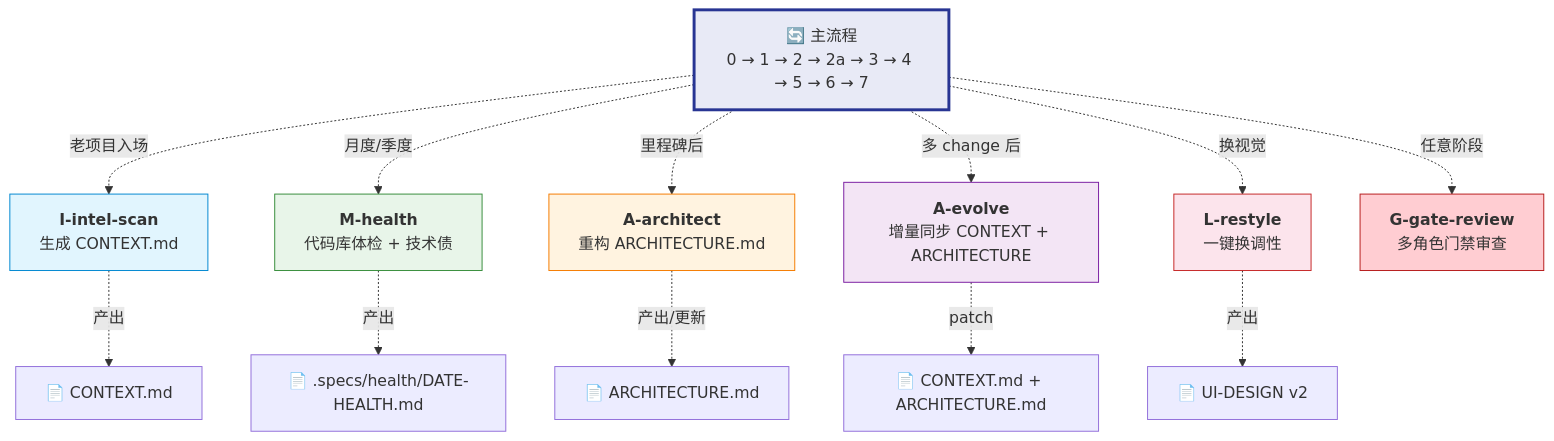
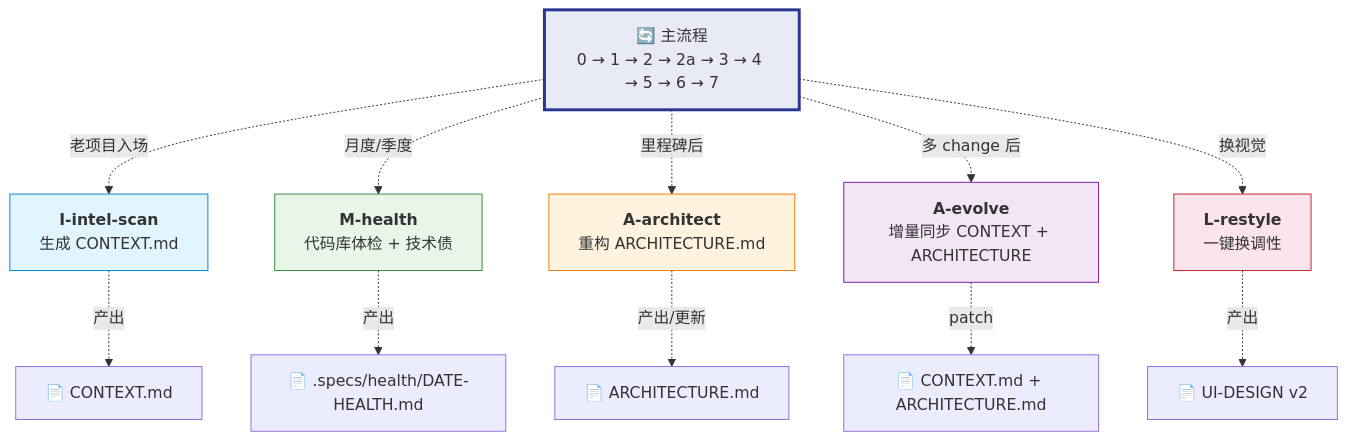
Before and after one commit to malizhi2202-dev/code-kit: the fourth of 5 diagrams in README.md, drawn with Mermaid. The commit also changed other lines of this file, not shown here.

````diff
--- a/README.md
+++ b/README.md
@@ -437,25 +452,23 @@
 ```mermaid
 flowchart TD
     MAIN["🔄 主流程<br/>0 → 1 → 2 → 2a → 3 → 4 → 5 → 6 → 7"] 
 
     MAIN -.->|"老项目入场"| L1["<b>I-intel-scan</b><br/>生成 CONTEXT.md"]
     MAIN -.->|"月度/季度"| L2["<b>M-health</b><br/>代码库体检 + 技术债"]
     MAIN -.->|"里程碑后"| L3["<b>A-architect</b><br/>重构 ARCHITECTURE.md"]
     MAIN -.->|"多 change 后"| L4["<b>A-evolve</b><br/>增量同步 CONTEXT + ARCHITECTURE"]
     MAIN -.->|"换视觉"| L5["<b>L-restyle</b><br/>一键换调性"]
-    MAIN -.->|"任意阶段"| L6["<b>G-gate-review</b><br/>多角色门禁审查"]
 
     L1 -.->|"产出"| CTX["📄 CONTEXT.md"]
     L2 -.->|"产出"| HEALTH["📄 .specs/health/DATE-HEALTH.md"]
     L3 -.->|"产出/更新"| ARCH["📄 ARCHITECTURE.md"]
     L4 -.->|"patch"| CTX2["📄 CONTEXT.md + ARCHITECTURE.md"]
     L5 -.->|"产出"| UI["📄 UI-DESIGN v2"]
 
     style MAIN fill:#e8eaf6,stroke:#283593,stroke-width:3px
     style L1 fill:#e1f5fe,stroke:#0288d1
     style L2 fill:#e8f5e9,stroke:#388e3c
     style L3 fill:#fff3e0,stroke:#f57c00
     style L4 fill:#f3e5f5,stroke:#7b1fa2
     style L5 fill:#fce4ec,stroke:#c62828
-    style L6 fill:#ffcdd2,stroke:#b71c1c
 ```
````
